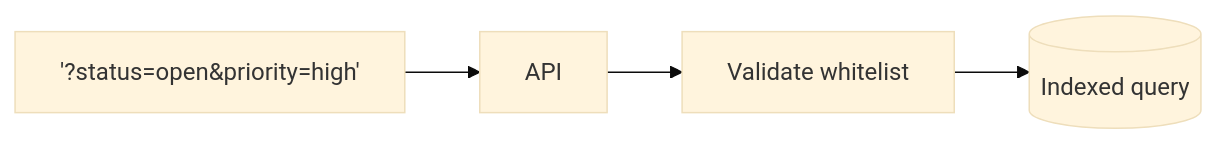
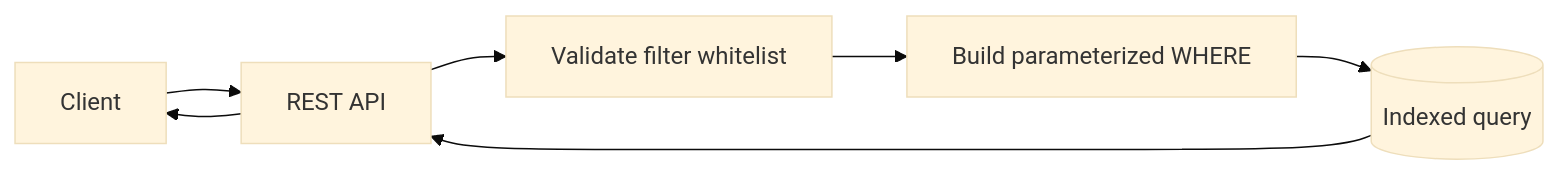
Diagram 18 of 33 in 07-api-design/README.md (hareramcse/SystemDesign), drawn with Mermaid (base theme) before and after one commit. The commit also changed other lines of this file, not shown here.

````diff
--- a/07-api-design/README.md
+++ b/07-api-design/README.md
@@ -897,6 +2018,9 @@
 ```mermaid
 flowchart LR
-    Q['?status=open&priority=high'] --> API
-    API --> Valid[Validate whitelist]
-    Valid --> DB[(Indexed query)]
+    C[Client] --> API[REST API]
+    API --> V[Validate filter whitelist]
+    V --> Q[Build parameterized WHERE]
+    Q --> DB[(Indexed query)]
+    DB --> API
+    API --> C
 ```
````
